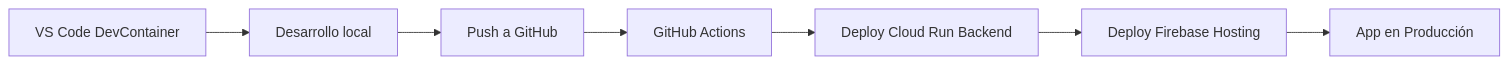
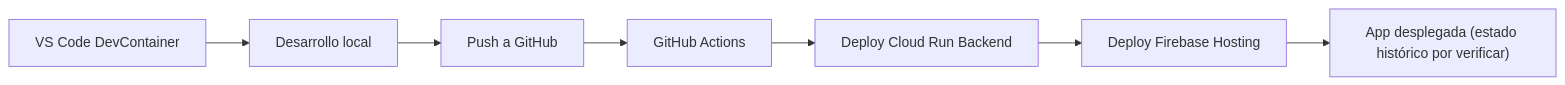
One commit to HubertRonald/HackDayIAMindsInsuranceCarrier changed the diagram in README_POC_Guide.md. Above: the diagram before and after it, drawn with Mermaid. The commit also changed 4 other files, not shown here.

Commit message:
docs(portfolio): align historical architecture and evidence

````diff
--- a/README_POC_Guide.md
+++ b/README_POC_Guide.md
@@ -27,11 +27,11 @@
 ```mermaid
 flowchart LR
     A["VS Code DevContainer"]
     B["Desarrollo local"]
     C["Push a GitHub"]
     D["GitHub Actions"]
     E["Deploy Cloud Run Backend"]
     F["Deploy Firebase Hosting"]
-    G["App en Producción"]
+    G["App desplegada (estado histórico por verificar)"]
     A --> B --> C --> D --> E --> F --> G
 ```
````
